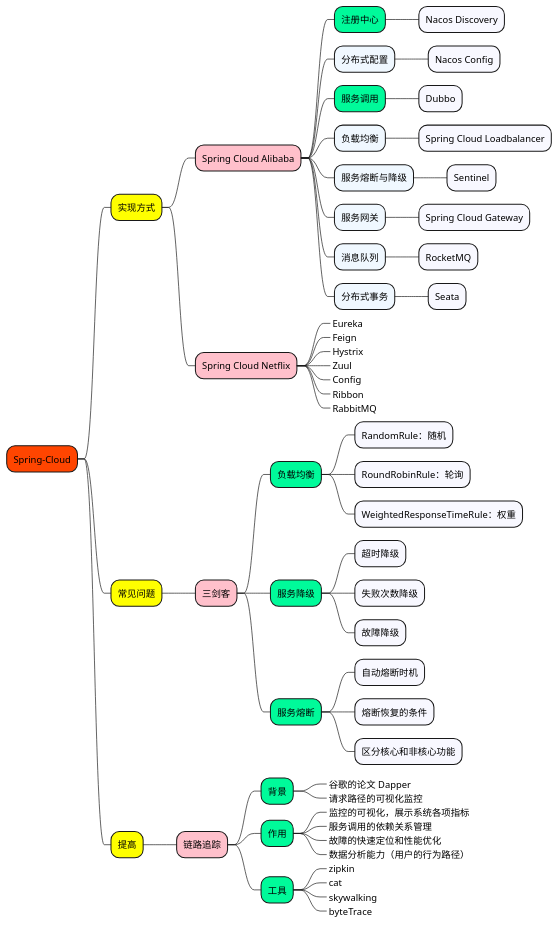
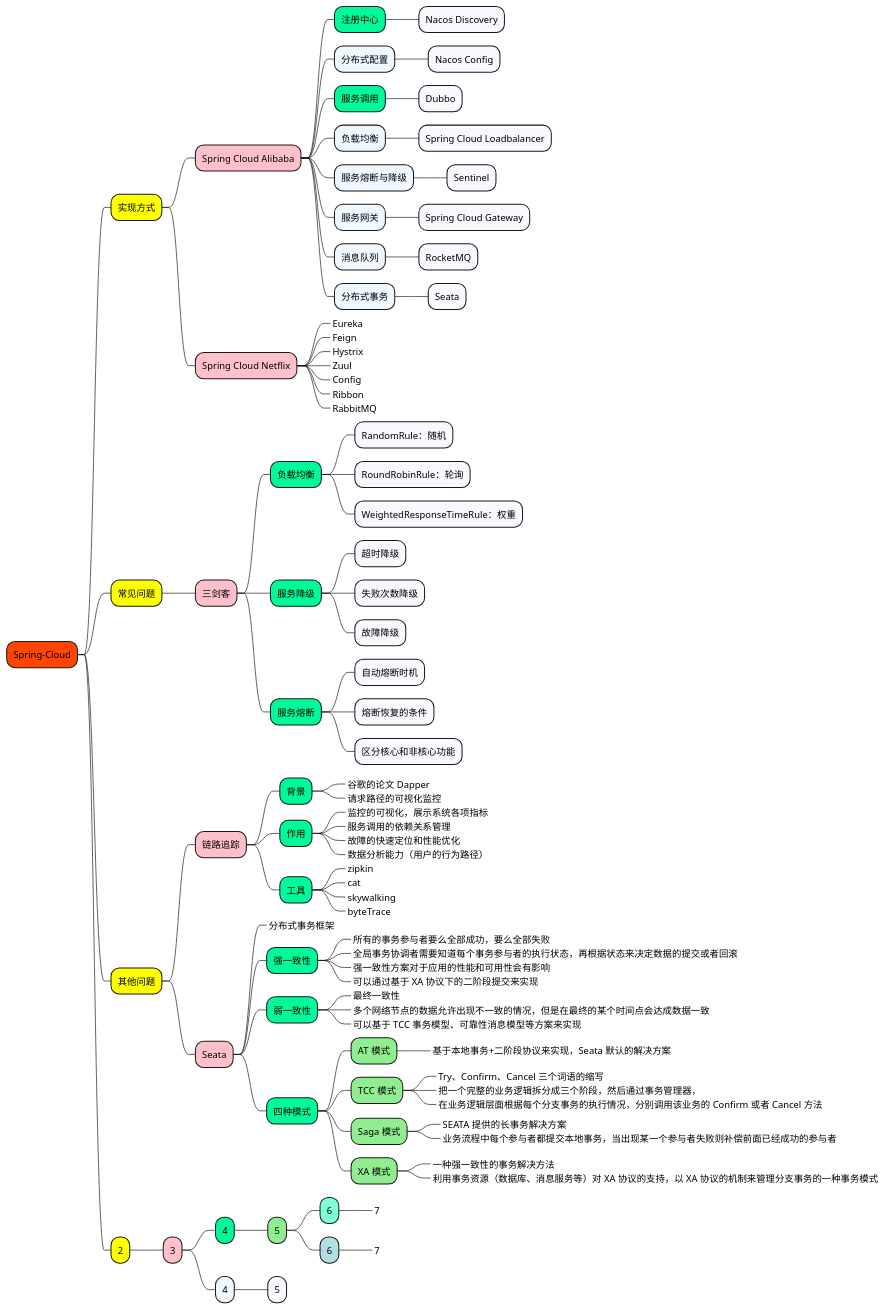
One commit to doveg/self-cultivation-of-a-software-engineer changed the diagram in 1_map/2-framework/Spring-Cloud.puml. Above: the diagram before and after it, drawn with PlantUML. The commit also changed 16 other files, not shown here.

```diff
--- a/1_map/2-framework/Spring-Cloud.puml
+++ b/1_map/2-framework/Spring-Cloud.puml
@@ -1,79 +1,121 @@
 @startmindmap
 
 +[#OrangeRed] Spring-Cloud
 
 ++[#yellow] 实现方式
 
 +++[#Pink] Spring Cloud Alibaba
 ++++[#MediumSpringGreen] 注册中心
 +++++[#GhostWhite] Nacos Discovery
 ++++[#AliceBlue] 分布式配置
 +++++[#GhostWhite] Nacos Config
 ++++[#MediumSpringGreen] 服务调用
 +++++[#GhostWhite] Dubbo
 ++++[#AliceBlue] 负载均衡
 +++++[#GhostWhite] Spring Cloud Loadbalancer
 ++++[#AliceBlue] 服务熔断与降级
 +++++[#GhostWhite] Sentinel
 ++++[#AliceBlue] 服务网关
 +++++[#GhostWhite] Spring Cloud Gateway
 ++++[#AliceBlue] 消息队列
 +++++[#GhostWhite] RocketMQ
 ++++[#AliceBlue] 分布式事务
 +++++[#GhostWhite] Seata
 
 
 +++[#Pink] Spring Cloud Netflix
 ++++[#AliceBlue]_ Eureka
 ++++[#AliceBlue]_ Feign
 ++++[#AliceBlue]_ Hystrix
 ++++[#AliceBlue]_ Zuul
 ++++[#AliceBlue]_ Config
 ++++[#AliceBlue]_ Ribbon
 ++++[#AliceBlue]_ RabbitMQ
 
 
 ++[#yellow] 常见问题
 
 +++[#Pink] 三剑客
 
 ++++[#MediumSpringGreen] 负载均衡
 +++++[#GhostWhite] RandomRule：随机
 +++++[#GhostWhite] RoundRobinRule：轮询
 +++++[#GhostWhite] WeightedResponseTimeRule：权重
 
 ++++[#MediumSpringGreen] 服务降级
 +++++[#GhostWhite] 超时降级
 +++++[#GhostWhite] 失败次数降级
 +++++[#GhostWhite] 故障降级
 
 ++++[#MediumSpringGreen] 服务熔断
 +++++[#GhostWhite] 自动熔断时机
 +++++[#GhostWhite] 熔断恢复的条件
 +++++[#GhostWhite] 区分核心和非核心功能
 
 
-++[#yellow] 提高
+++[#yellow] 其他问题
 
 +++[#Pink] 链路追踪
 
 ++++[#MediumSpringGreen] 背景
 +++++[#GhostWhite]_ 谷歌的论文 Dapper
 +++++[#GhostWhite]_ 请求路径的可视化监控
 
 ++++[#MediumSpringGreen] 作用
 +++++[#GhostWhite]_ 监控的可视化，展示系统各项指标
 +++++[#GhostWhite]_ 服务调用的依赖关系管理
 +++++[#GhostWhite]_ 故障的快速定位和性能优化
 +++++[#GhostWhite]_ 数据分析能力（用户的行为路径）
 
 ++++[#MediumSpringGreen] 工具
 +++++[#GhostWhite]_ zipkin
 +++++[#GhostWhite]_ cat
 +++++[#GhostWhite]_ skywalking
 +++++[#GhostWhite]_ byteTrace
 
 
++++[#Pink] Seata
+
+++++[#MediumSpringGreen]_ 分布式事务框架
+
+++++[#MediumSpringGreen] 强一致性
++++++[#LightGreen]_ 所有的事务参与者要么全部成功，要么全部失败
++++++[#LightGreen]_ 全局事务协调者需要知道每个事务参与者的执行状态，再根据状态来决定数据的提交或者回滚
++++++[#LightGreen]_ 强一致性方案对于应用的性能和可用性会有影响
++++++[#LightGreen]_ 可以通过基于 XA 协议下的二阶段提交来实现
+
+++++[#MediumSpringGreen] 弱一致性
++++++[#LightGreen]_ 最终一致性
++++++[#LightGreen]_ 多个网络节点的数据允许出现不一致的情况，但是在最终的某个时间点会达成数据一致
++++++[#LightGreen]_ 可以基于 TCC 事务模型、可靠性消息模型等方案来实现
+
+++++[#MediumSpringGreen] 四种模式
++++++[#LightGreen] AT 模式
+++++++[#Aquamarine]_ 基于本地事务+二阶段协议来实现，Seata 默认的解决方案
++++++[#LightGreen] TCC 模式
+++++++[#Aquamarine]_ Try、Confirm、Cancel 三个词语的缩写
+++++++[#Aquamarine]_ 把一个完整的业务逻辑拆分成三个阶段，然后通过事务管理器，
+++++++[#Aquamarine]_ 在业务逻辑层面根据每个分支事务的执行情况，分别调用该业务的 Confirm 或者 Cancel 方法
++++++[#LightGreen] Saga 模式
+++++++[#Aquamarine]_ SEATA 提供的长事务解决方案
+++++++[#Aquamarine]_ 业务流程中每个参与者都提交本地事务，当出现某一个参与者失败则补偿前面已经成功的参与者
++++++[#LightGreen] XA 模式
+++++++[#Aquamarine]_ 一种强一致性的事务解决方法
+++++++[#Aquamarine]_ 利用事务资源（数据库、消息服务等）对 XA 协议的支持，以 XA 协议的机制来管理分支事务的一种事务模式
 
 
+
+++[#yellow] 2
+
++++[#Pink] 3
+
+++++[#MediumSpringGreen] 4
++++++[#LightGreen] 5
+++++++[#Aquamarine] 6
++++++++[#Aquamarine]_ 7
+++++++[#PowderBlue] 6
++++++++[#PowderBlue]_ 7
+++++[#AliceBlue] 4
++++++[#GhostWhite] 5
+
 @endmindmap
```
